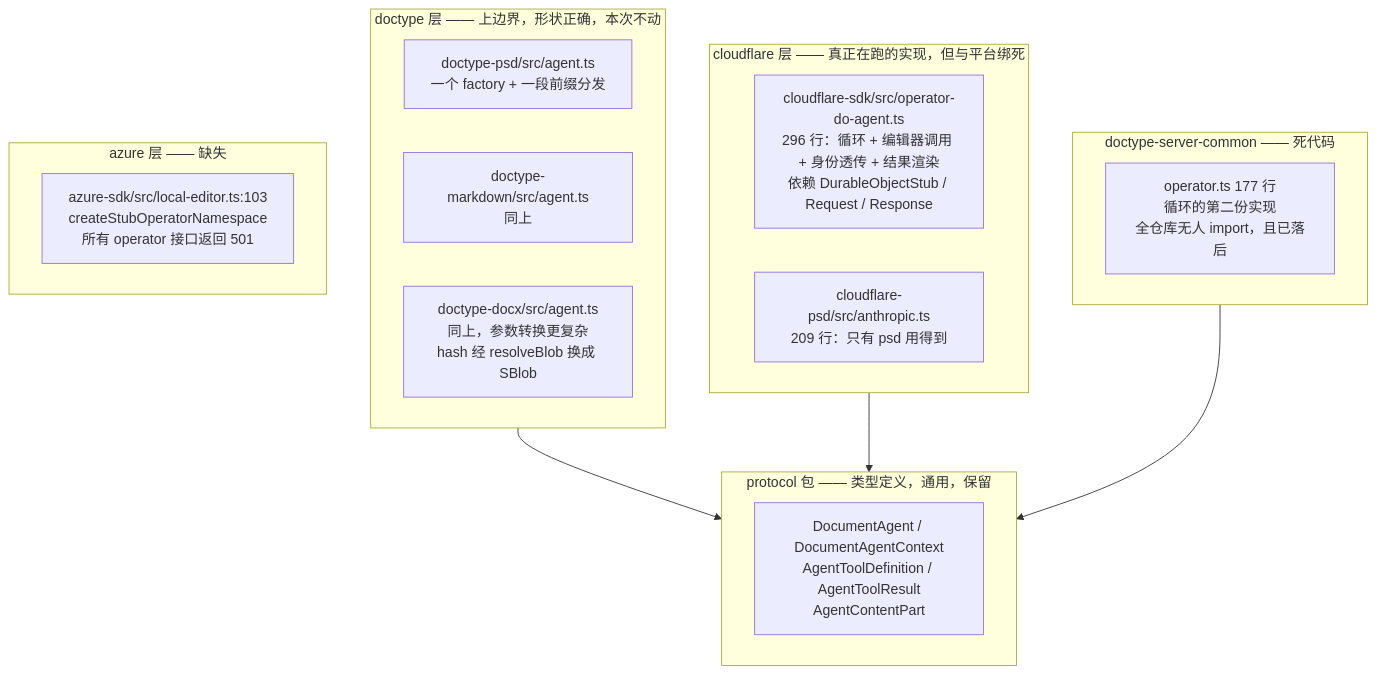
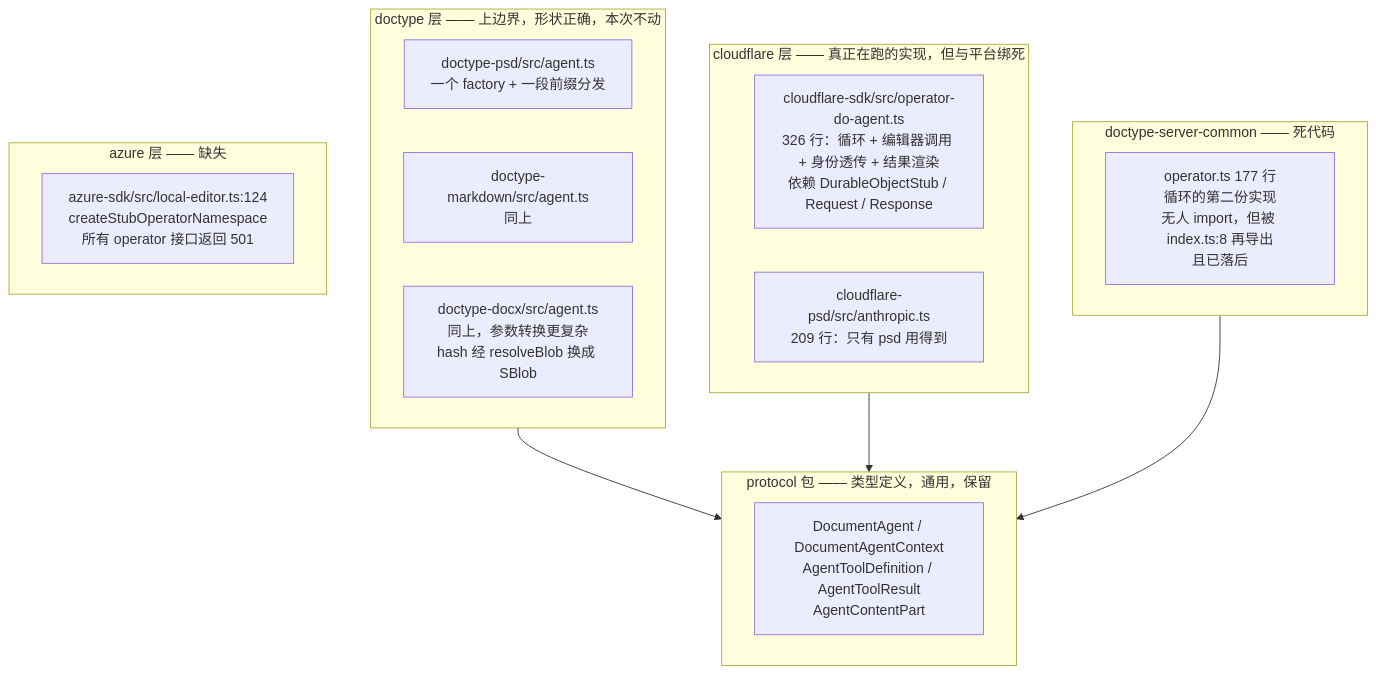
The second of 19 diagrams in docs/superpowers/specs/2026-08-26-agent-sdk-design.md (shazhou-ww/unidocs), drawn with Mermaid before and after one commit. The commit also changed other lines of this file, not shown here.

First line of the commit message:
docs(agent-sdk): 对齐 main 577f402,并定下 run 的授权窗口

````diff
--- a/docs/superpowers/specs/2026-08-26-agent-sdk-design.md
+++ b/docs/superpowers/specs/2026-08-26-agent-sdk-design.md
@@ -119,29 +128,29 @@
 ```mermaid
 flowchart TB
     subgraph proto["protocol 包 —— 类型定义，通用，保留"]
         T["DocumentAgent / DocumentAgentContext<br/>AgentToolDefinition / AgentToolResult<br/>AgentContentPart"]
     end
 
     subgraph dt["doctype 层 —— 上边界，形状正确，本次不动"]
         PSD["doctype-psd/src/agent.ts<br/>一个 factory + 一段前缀分发"]
         MD["doctype-markdown/src/agent.ts<br/>同上"]
         DOCX["doctype-docx/src/agent.ts<br/>同上，参数转换更复杂<br/>hash 经 resolveBlob 换成 SBlob"]
     end
 
     subgraph cf["cloudflare 层 —— 真正在跑的实现，但与平台绑死"]
-        ODA["cloudflare-sdk/src/operator-do-agent.ts<br/>296 行：循环 + 编辑器调用 + 身份透传 + 结果渲染<br/>依赖 DurableObjectStub / Request / Response"]
+        ODA["cloudflare-sdk/src/operator-do-agent.ts<br/>326 行：循环 + 编辑器调用 + 身份透传 + 结果渲染<br/>依赖 DurableObjectStub / Request / Response"]
         ANT["cloudflare-psd/src/anthropic.ts<br/>209 行：只有 psd 用得到"]
     end
 
     subgraph dsc["doctype-server-common —— 死代码"]
-        OP["operator.ts 177 行<br/>循环的第二份实现<br/>全仓库无人 import，且已落后"]
+        OP["operator.ts 177 行<br/>循环的第二份实现<br/>无人 import，但被 index.ts:8 再导出<br/>且已落后"]
     end
 
     subgraph az["azure 层 —— 缺失"]
-        STUB["azure-sdk/src/local-editor.ts:103<br/>createStubOperatorNamespace<br/>所有 operator 接口返回 501"]
+        STUB["azure-sdk/src/local-editor.ts:124<br/>createStubOperatorNamespace<br/>所有 operator 接口返回 501"]
     end
 
     dt --> proto
     cf --> proto
     dsc --> proto
 ```
````
